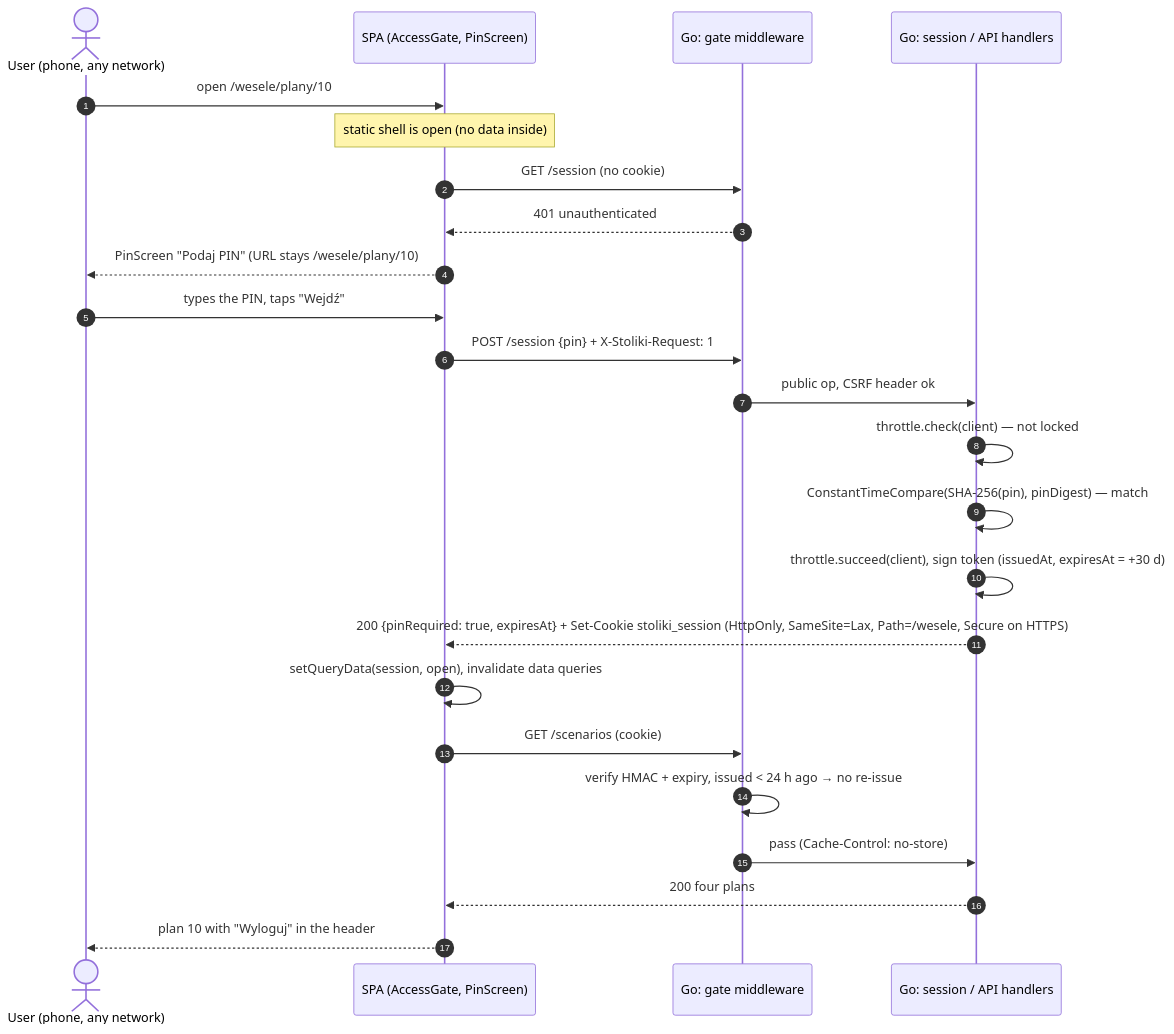
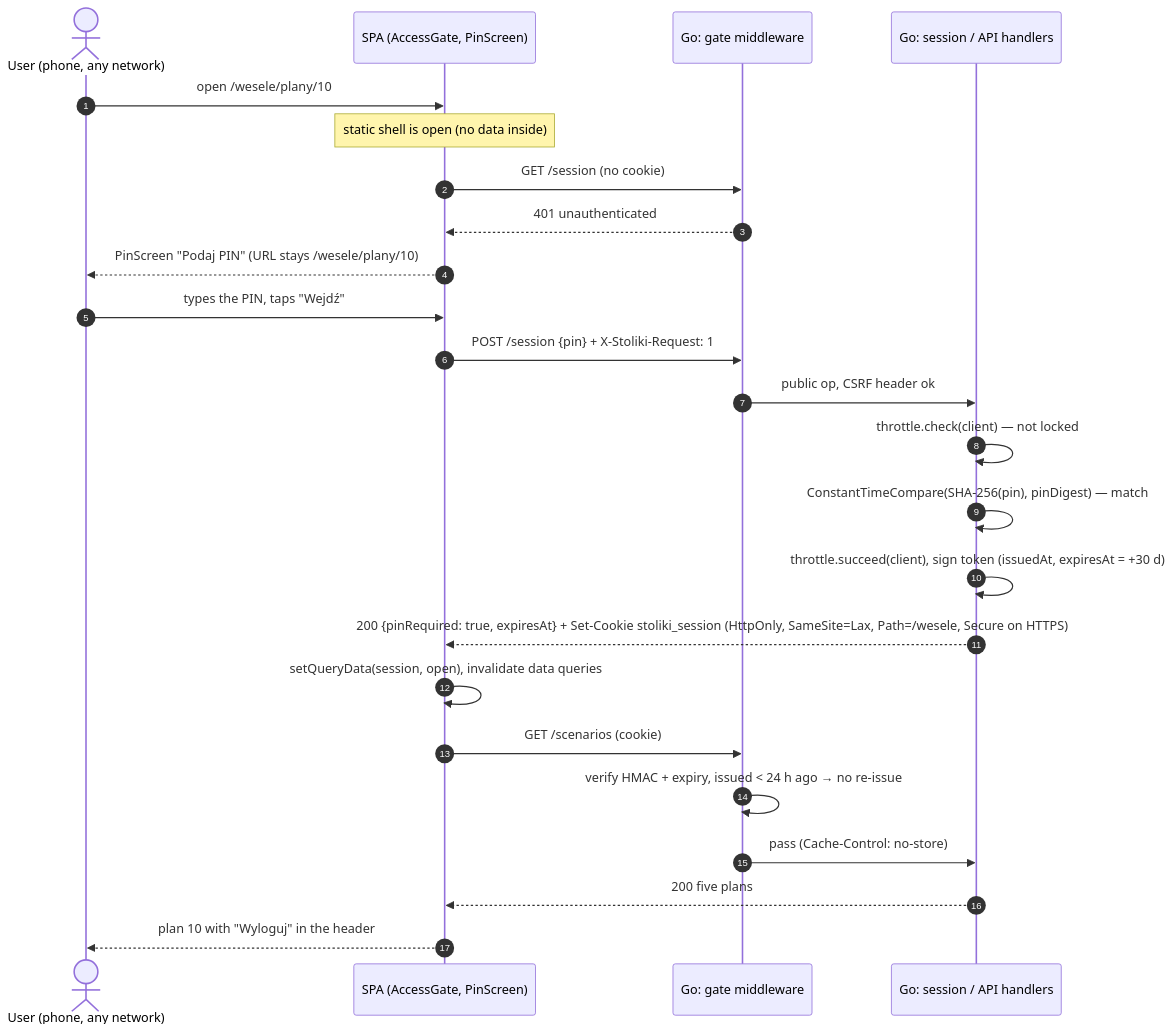
One commit to emicon123/wedding-seating-planner changed the sixth of 8 diagrams in docs/architecture/diagrams/003-sequences.md. Above: the diagram before and after it, drawn with Mermaid. The commit also changed other lines of this file and 26 other files, not shown here.

First line of the commit message:
feat(architecture): mixed plan as fifth plan (task 013, phase A)

````diff
--- a/docs/architecture/diagrams/003-sequences.md
+++ b/docs/architecture/diagrams/003-sequences.md
@@ -249,26 +250,26 @@
 ```mermaid
 sequenceDiagram
     autonumber
     actor U as User (phone, any network)
     participant SPA as SPA (AccessGate, PinScreen)
     participant MW as Go: gate middleware
     participant H as Go: session / API handlers
     U->>SPA: open /wesele/plany/10
     Note over SPA: static shell is open (no data inside)
     SPA->>MW: GET /session (no cookie)
     MW-->>SPA: 401 unauthenticated
     SPA-->>U: PinScreen "Podaj PIN" (URL stays /wesele/plany/10)
     U->>SPA: types the PIN, taps "Wejdź"
     SPA->>MW: POST /session {pin} + X-Stoliki-Request: 1
     MW->>H: public op, CSRF header ok
     H->>H: throttle.check(client) — not locked
     H->>H: ConstantTimeCompare(SHA-256(pin), pinDigest) — match
     H->>H: throttle.succeed(client), sign token (issuedAt, expiresAt = +30 d)
     H-->>SPA: 200 {pinRequired: true, expiresAt} + Set-Cookie stoliki_session (HttpOnly, SameSite=Lax, Path=/wesele, Secure on HTTPS)
     SPA->>SPA: setQueryData(session, open), invalidate data queries
     SPA->>MW: GET /scenarios (cookie)
     MW->>MW: verify HMAC + expiry, issued < 24 h ago → no re-issue
     MW->>H: pass (Cache-Control: no-store)
-    H-->>SPA: 200 four plans
+    H-->>SPA: 200 five plans
     SPA-->>U: plan 10 with "Wyloguj" in the header
 ```
````
